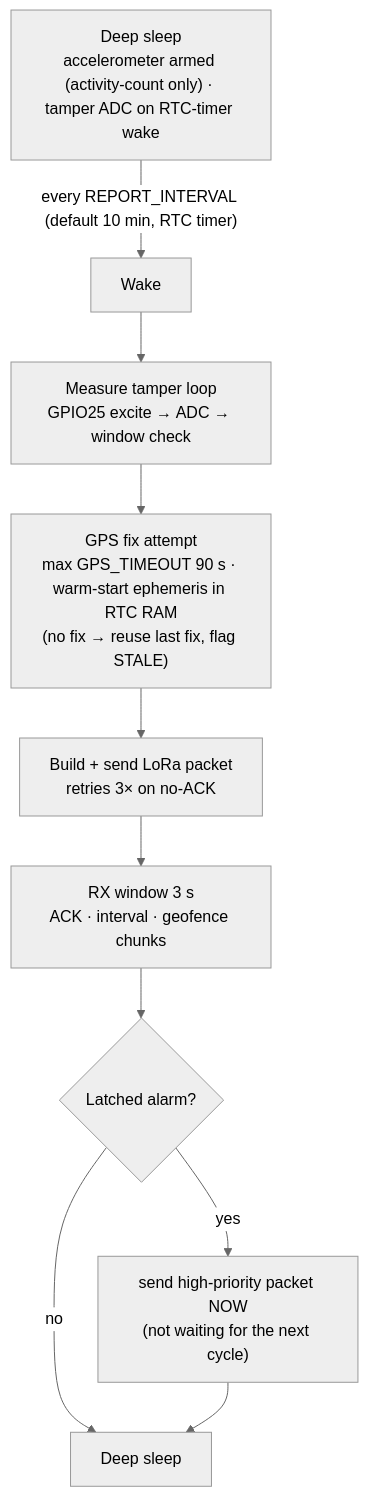
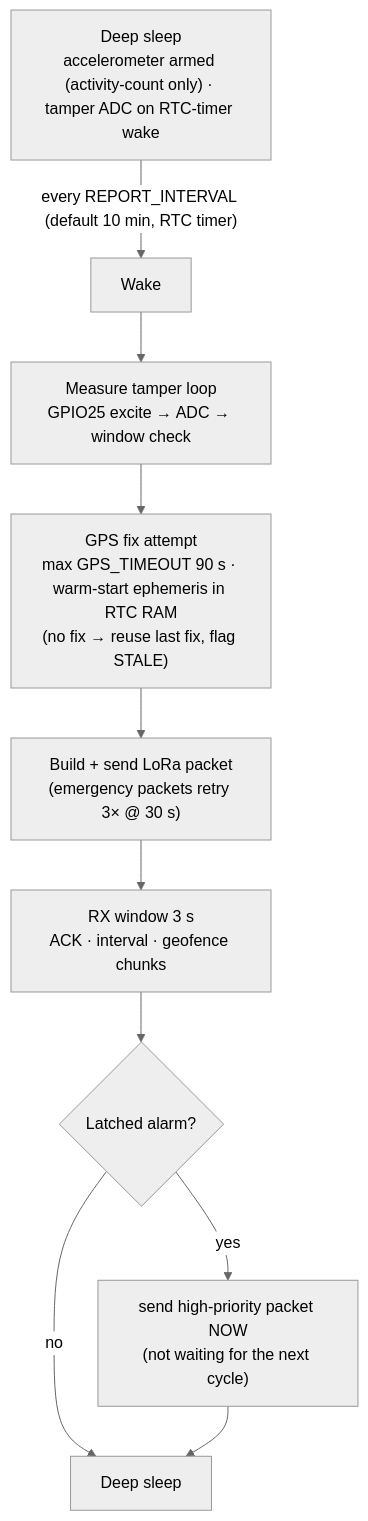
The first of 2 diagrams in docs/FIRMWARE.md (qppd/smart-collar), drawn with Mermaid (neutral theme) before and after one commit. The commit also changed 8 other files, not shown here.

````diff
--- a/docs/FIRMWARE.md
+++ b/docs/FIRMWARE.md
@@ -17,12 +17,12 @@
 ```mermaid
 flowchart TB
     SLEEP["Deep sleep<br/>accelerometer armed (activity-count only) · tamper ADC on RTC-timer wake"] -- "every REPORT_INTERVAL (default 10 min, RTC timer)" --> WAKE["Wake"]
     WAKE --> LOOPM["Measure tamper loop<br/>GPIO25 excite → ADC → window check"]
     LOOPM --> GPSF["GPS fix attempt<br/>max GPS_TIMEOUT 90 s · warm-start ephemeris in RTC RAM<br/>(no fix → reuse last fix, flag STALE)"]
-    GPSF --> SND["Build + send LoRa packet<br/>retries 3× on no-ACK"]
+    GPSF --> SND["Build + send LoRa packet<br/>(emergency packets retry 3× @ 30 s)"]
     SND --> RXW["RX window 3 s<br/>ACK · interval · geofence chunks"]
     RXW --> LATCH{"Latched alarm?"}
     LATCH -- "yes" --> NOW["send high-priority packet NOW<br/>(not waiting for the next cycle)"]
     LATCH -- "no" --> BACK["Deep sleep"]
     NOW --> BACK
 ```
````
